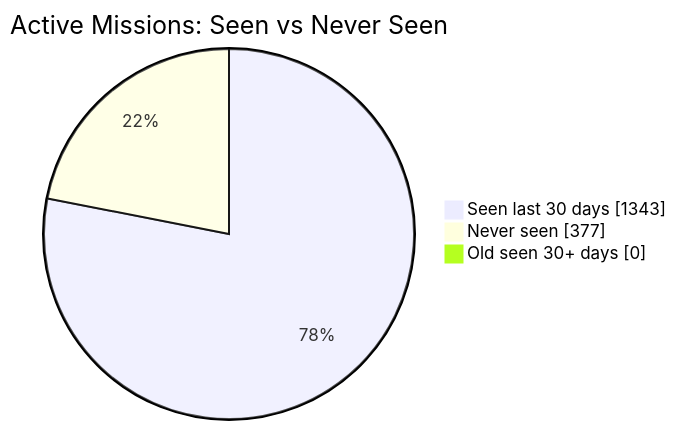
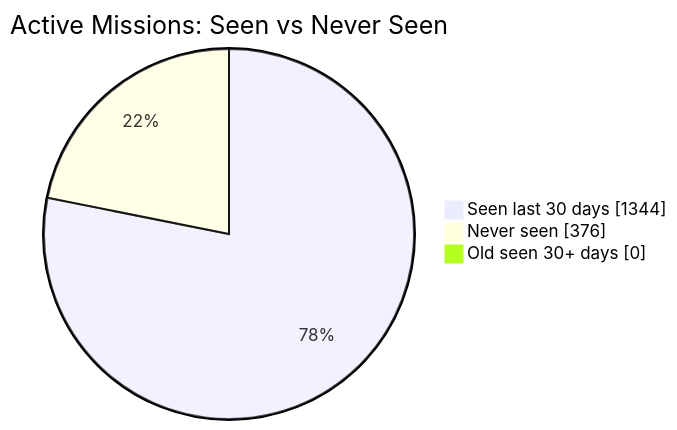
One commit to MeldkamerspelGameTeam/active-missions changed the first of 2 diagrams in README.md. Above: the diagram before and after it, drawn with Mermaid. The commit also changed other lines of this file and 2 other files, not shown here.

````diff
--- a/README.md
+++ b/README.md
@@ -34,7 +34,7 @@
 ```mermaid
 pie showData
     title Active Missions: Seen vs Never Seen
-    "Seen last 30 days" : 1343
-    "Never seen" : 377
+    "Seen last 30 days" : 1344
+    "Never seen" : 376
     "Old seen 30+ days" : 0
 ```
````
